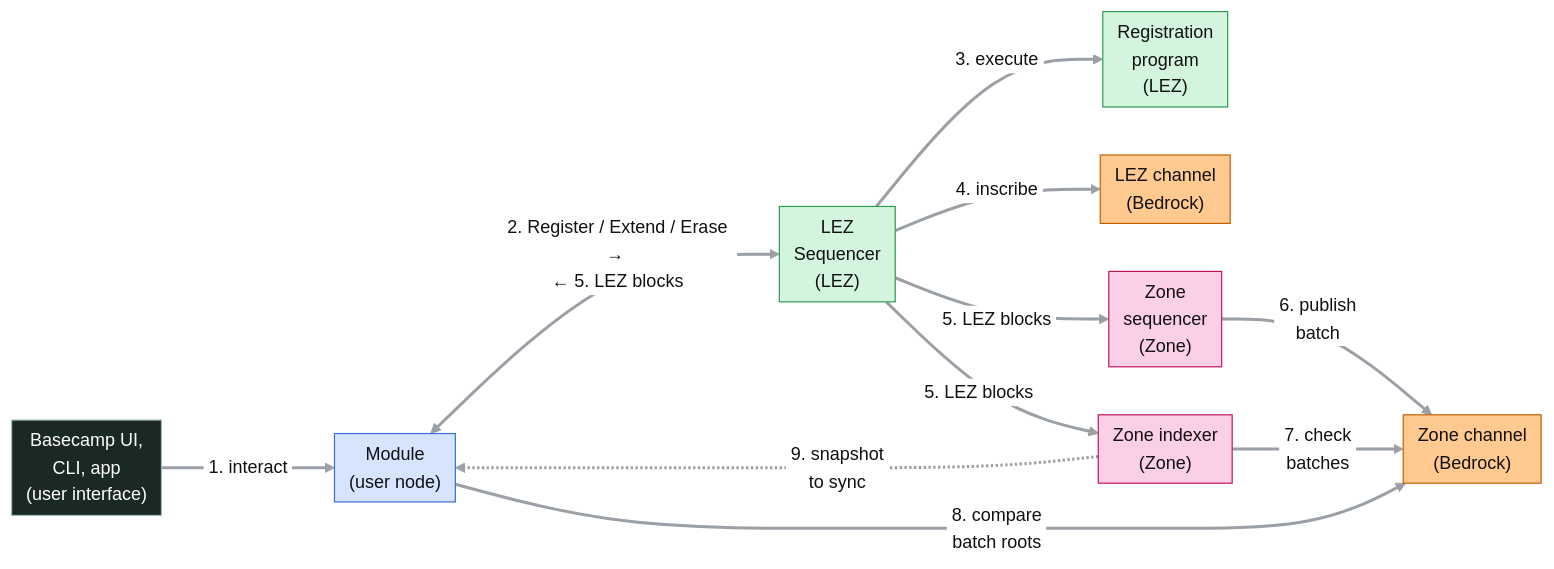
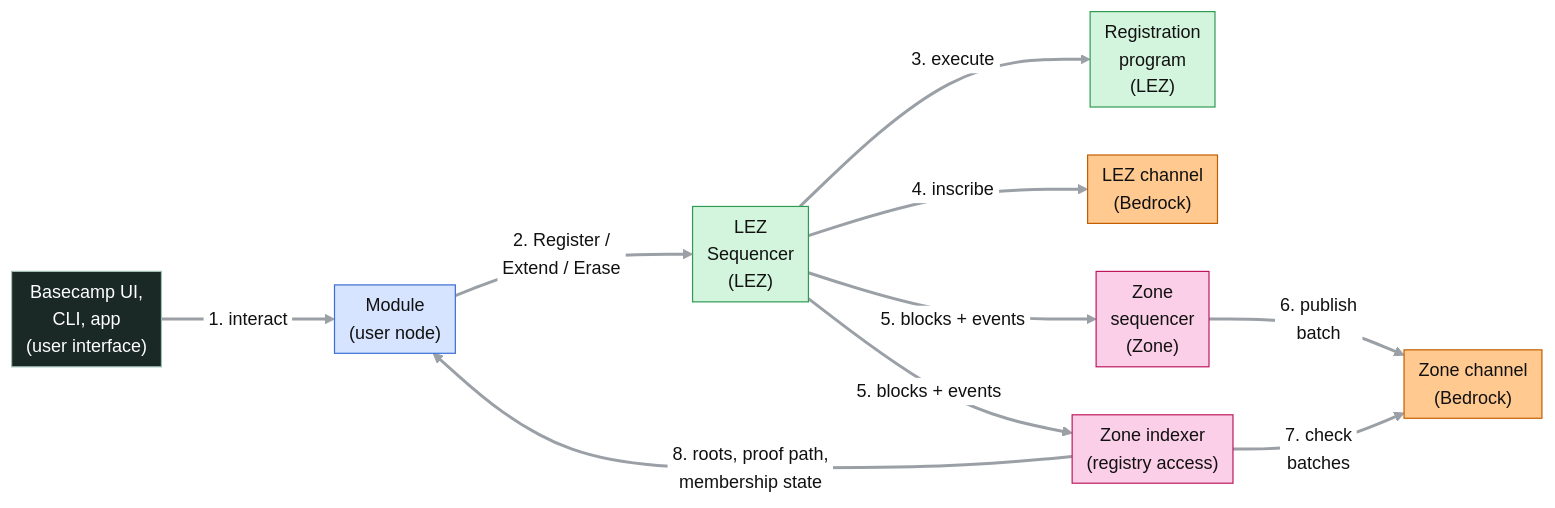
The first of 5 diagrams in docs/rfc-rln-membership-zone.md (logos-co/logos-rln-membership-zone), drawn with Mermaid before and after one commit. The commit also changed other lines of this file and 7 other files, not shown here.

````diff
--- a/docs/rfc-rln-membership-zone.md
+++ b/docs/rfc-rln-membership-zone.md
@@ -170,26 +177,25 @@
 ```mermaid
 %%{init: {"theme": "base", "flowchart": {"curve": "basis", "nodeSpacing": 40, "rankSpacing": 70, "padding": 6}, "themeVariables": {"lineColor": "#9aa0a6", "primaryTextColor": "#111111", "edgeLabelBackground": "#ffffff", "fontSize": "15px"}, "themeCSS": "marker { overflow: visible; } .arrowMarkerPath { transform: scale(1.7); transform-origin: 5px 5px; } .edgeLabel, .edgeLabel p, .edgeLabel span { font-size: 12px; line-height: 1.2; }"}}%%
 flowchart LR
     APP["Basecamp UI,<br/>CLI, app<br/>(user interface)"] -->|"#nbsp;1. interact#nbsp;"| MOD["Module<br/>(user node)"]
-    MOD <-->|"#nbsp;2. Register / Extend / Erase →#nbsp;<br/>#nbsp;← 5. LEZ blocks#nbsp;"| LSEQ["LEZ<br/>Sequencer<br/>(LEZ)"]
+    MOD -->|"#nbsp;2. Register /#nbsp;<br/>#nbsp;Extend / Erase#nbsp;"| LSEQ["LEZ<br/>Sequencer<br/>(LEZ)"]
     LSEQ -->|"#nbsp;3. execute#nbsp;"| PROG["Registration<br/>program<br/>(LEZ)"]
     LSEQ -->|"#nbsp;4. inscribe#nbsp;"| LCH["LEZ channel<br/>(Bedrock)"]
-    LSEQ -->|"#nbsp;5. LEZ blocks#nbsp;"| ZSEQ["Zone<br/>sequencer<br/>(Zone)"]
-    LSEQ -->|"#nbsp;5. LEZ blocks#nbsp;"| IDX["Zone indexer<br/>(Zone)"]
+    LSEQ -->|"#nbsp;5. blocks + events#nbsp;"| ZSEQ["Zone<br/>sequencer<br/>(Zone)"]
+    LSEQ -->|"#nbsp;5. blocks + events#nbsp;"| IDX["Zone indexer<br/>(registry access)"]
     ZSEQ -->|"#nbsp;6. publish#nbsp;<br/>#nbsp;batch#nbsp;"| ZCH["Zone channel<br/>(Bedrock)"]
     IDX -->|"#nbsp;7. check#nbsp;<br/>#nbsp;batches#nbsp;"| ZCH
-    MOD -->|"#nbsp;8. compare#nbsp;<br/>#nbsp;batch roots#nbsp;"| ZCH
-    IDX -.->|"#nbsp;9. snapshot#nbsp;<br/>#nbsp;to sync#nbsp;"| MOD
+    IDX -->|"#nbsp;8. roots, proof path,#nbsp;<br/>#nbsp;membership state#nbsp;"| MOD
     linkStyle default stroke-width:2.5px
 
     classDef ui fill:#1a2826,stroke:#9fbfb3,color:#ffffff
     classDef user fill:#d6e4ff,stroke:#3b6fd8,color:#111111
     classDef lez fill:#d4f5dd,stroke:#2e9b52,color:#111111
     classDef l1 fill:#ffc98f,stroke:#c25e00,color:#111111
     classDef zone fill:#fbcfe8,stroke:#be185d,color:#111111
     class APP ui
     class MOD user
     class LSEQ,PROG lez
     class LCH,ZCH l1
     class ZSEQ,IDX zone
 ```
````
